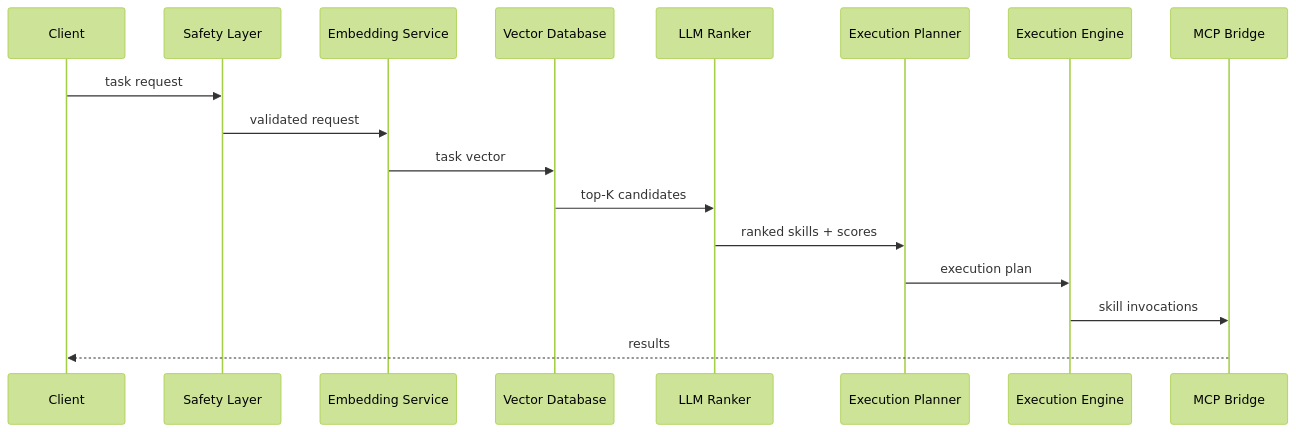
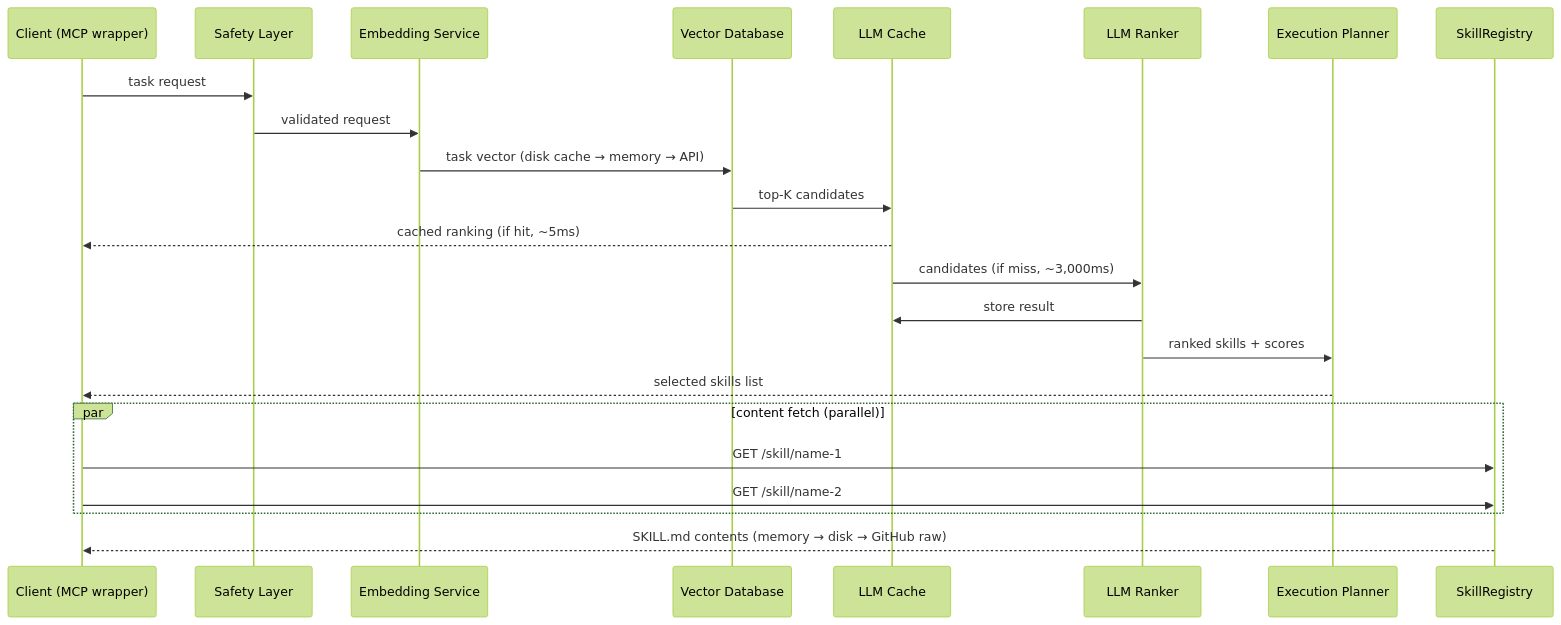
One commit to paulpas/skills changed the second of 2 diagrams in agent-skill-routing-system/README.md. Above: the diagram before and after it, drawn with Mermaid (forest theme). The commit also changed other lines of this file and 1 other file, not shown here.

````diff
--- a/agent-skill-routing-system/README.md
+++ b/agent-skill-routing-system/README.md
@@ -88,20 +90,26 @@
 ```mermaid
 sequenceDiagram
-    participant C as Client
+    participant C as Client (MCP wrapper)
     participant S as Safety Layer
     participant E as Embedding Service
     participant V as Vector Database
+    participant LC as LLM Cache
     participant L as LLM Ranker
     participant P as Execution Planner
-    participant X as Execution Engine
-    participant M as MCP Bridge
+    participant R as SkillRegistry
 
     C->>S: task request
     S->>E: validated request
-    E->>V: task vector
-    V->>L: top-K candidates
+    E->>V: task vector (disk cache → memory → API)
+    V->>LC: top-K candidates
+    LC-->>C: cached ranking (if hit, ~5ms)
+    LC->>L: candidates (if miss, ~3,000ms)
+    L->>LC: store result
     L->>P: ranked skills + scores
-    P->>X: execution plan
-    X->>M: skill invocations
-    M-->>C: results
+    P-->>C: selected skills list
+    par content fetch (parallel)
+        C->>R: GET /skill/name-1
+        C->>R: GET /skill/name-2
+    end
+    R-->>C: SKILL.md contents (memory → disk → GitHub raw)
 ```
````
